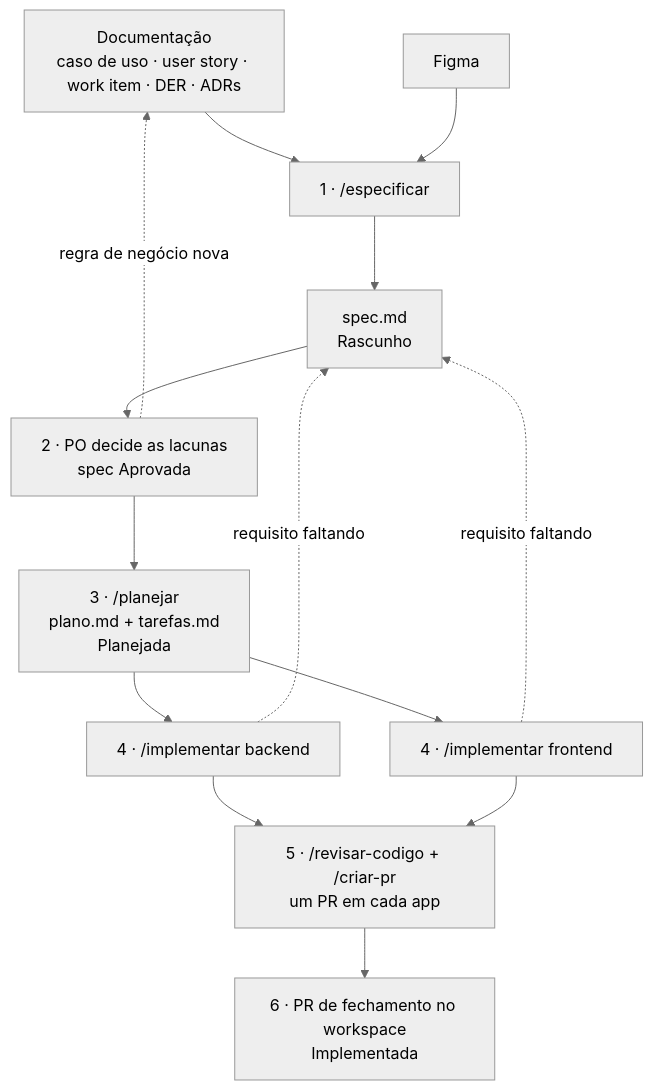
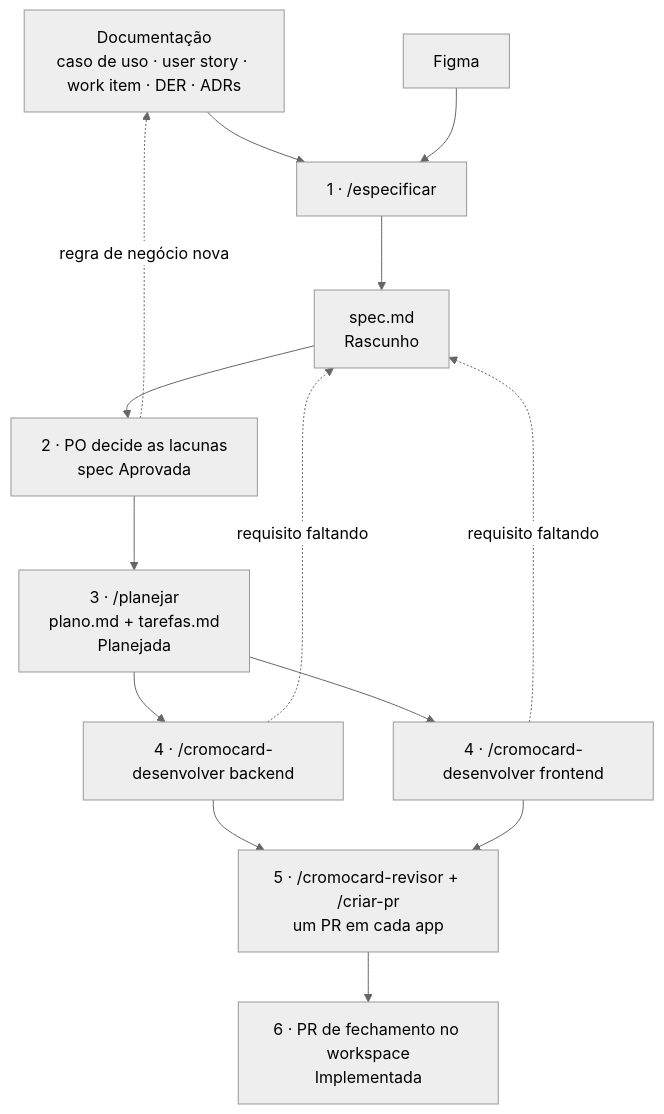
Before and after one commit to codaqui/cromocard-workspace: the diagram in specs/README.md, drawn with Mermaid (neutral theme). The commit also changed other lines of this file and 33 other files, not shown here.

First line of the commit message:
chore(claude): cria as skills cromocard-desenvolver e cromocard-revisor

````diff
--- a/specs/README.md
+++ b/specs/README.md
@@ -16,23 +18,23 @@
 ```mermaid
 flowchart TD
     DOC["Documentação<br/>caso de uso · user story · work item · DER · ADRs"]
     FIG["Figma"]
     ESP["1 · /especificar"]
     RAS["spec.md<br/>Rascunho"]
     APR["2 · PO decide as lacunas<br/>spec Aprovada"]
     PLA["3 · /planejar<br/>plano.md + tarefas.md<br/>Planejada"]
-    BACK["4 · /implementar backend"]
-    FRONT["4 · /implementar frontend"]
-    PR["5 · /revisar-codigo + /criar-pr<br/>um PR em cada app"]
+    BACK["4 · /cromocard-desenvolver backend"]
+    FRONT["4 · /cromocard-desenvolver frontend"]
+    PR["5 · /cromocard-revisor + /criar-pr<br/>um PR em cada app"]
     FIM["6 · PR de fechamento no workspace<br/>Implementada"]
 
     DOC --> ESP
     FIG --> ESP
     ESP --> RAS --> APR --> PLA
     PLA --> BACK --> PR
     PLA --> FRONT --> PR
     PR --> FIM
     APR -. "regra de negócio nova" .-> DOC
     BACK -. "requisito faltando" .-> RAS
     FRONT -. "requisito faltando" .-> RAS
 ```
````
